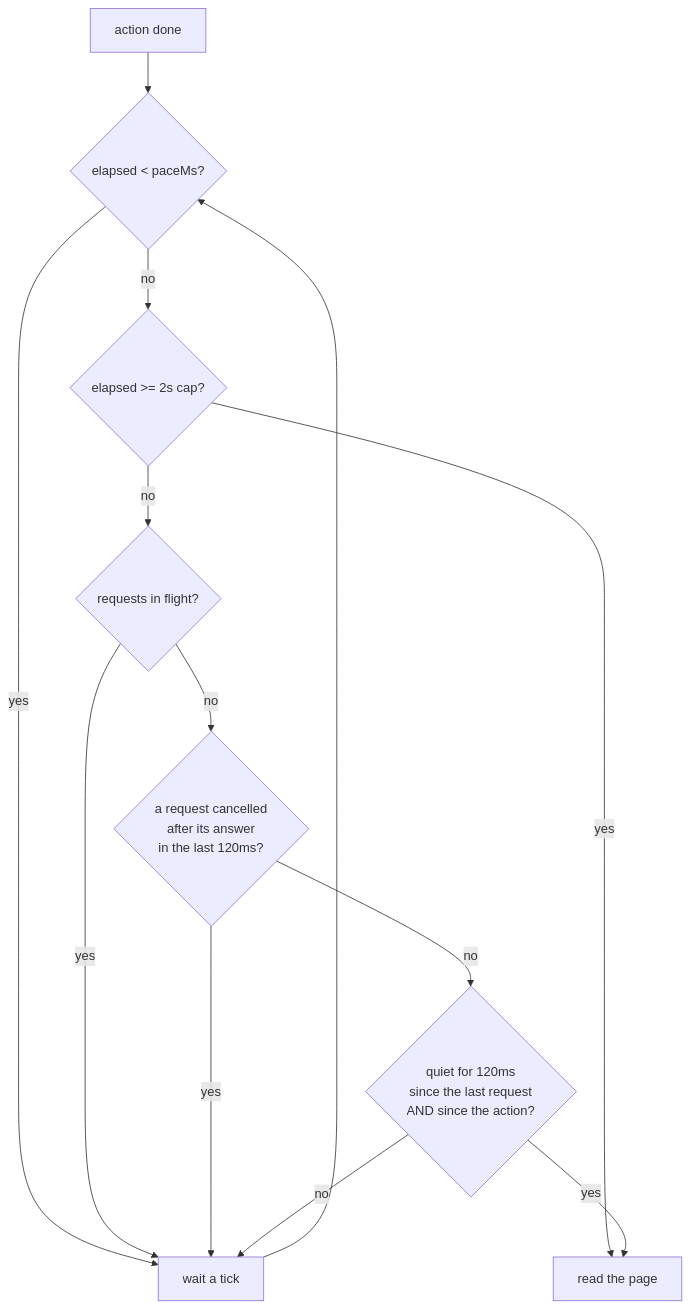
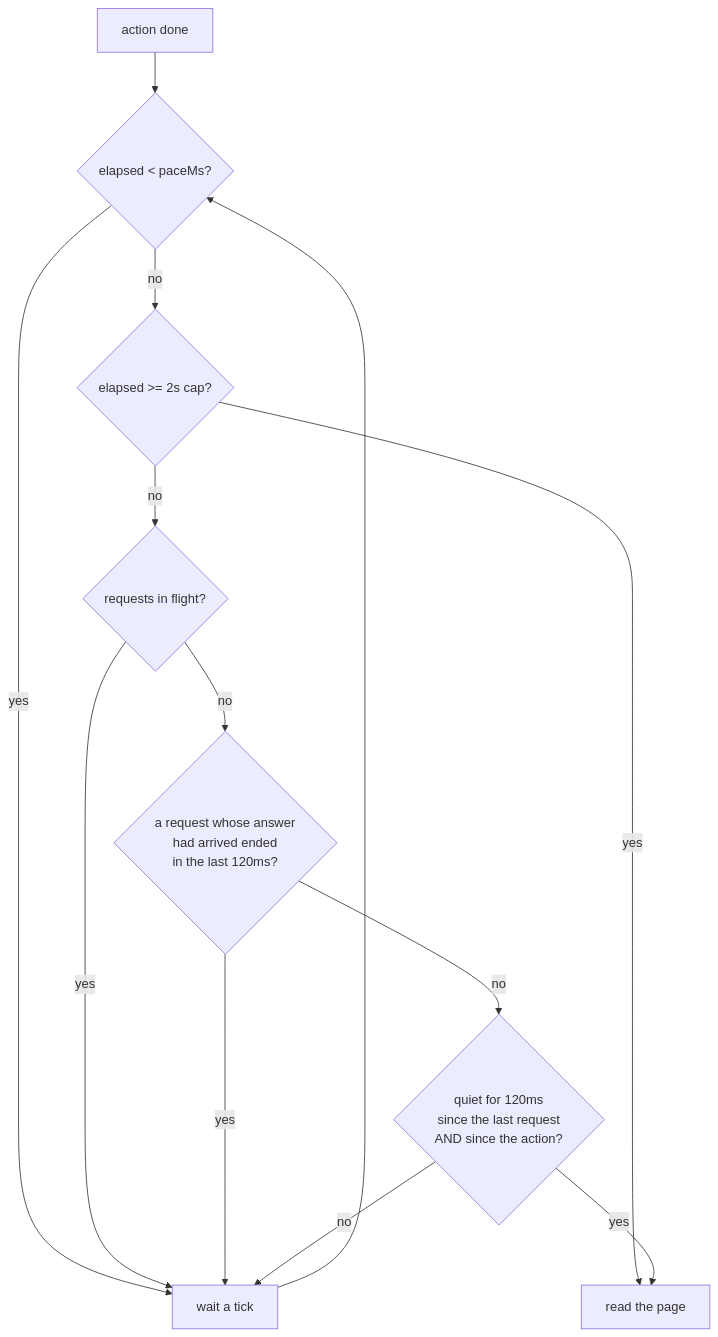
One commit to brunoboto96/SceneScout changed the third of 9 diagrams in docs/how-it-works.md. Above: the diagram before and after it, drawn with Mermaid. The commit also changed other lines of this file and 7 other files, not shown here.

First line of the commit message:
Settle: keep the quiet window after any answered request ends, not only a cancelled one

````diff
--- a/docs/how-it-works.md
+++ b/docs/how-it-works.md
@@ -90,15 +90,15 @@
 ```mermaid
 flowchart TD
     A[action done] --> B{elapsed < paceMs?}
     B -->|yes| W[wait a tick]
     B -->|no| C{elapsed >= 2s cap?}
     C -->|yes| R[read the page]
     C -->|no| D{requests in flight?}
     D -->|yes| W
-    D -->|no| X{a request cancelled<br/>after its answer<br/>in the last 120ms?}
+    D -->|no| X{a request whose answer<br/>had arrived ended<br/>in the last 120ms?}
     X -->|yes| W
     X -->|no| E{quiet for 120ms<br/>since the last request<br/>AND since the action?}
     E -->|no| W
     E -->|yes| R
     W --> B
 ```
````
